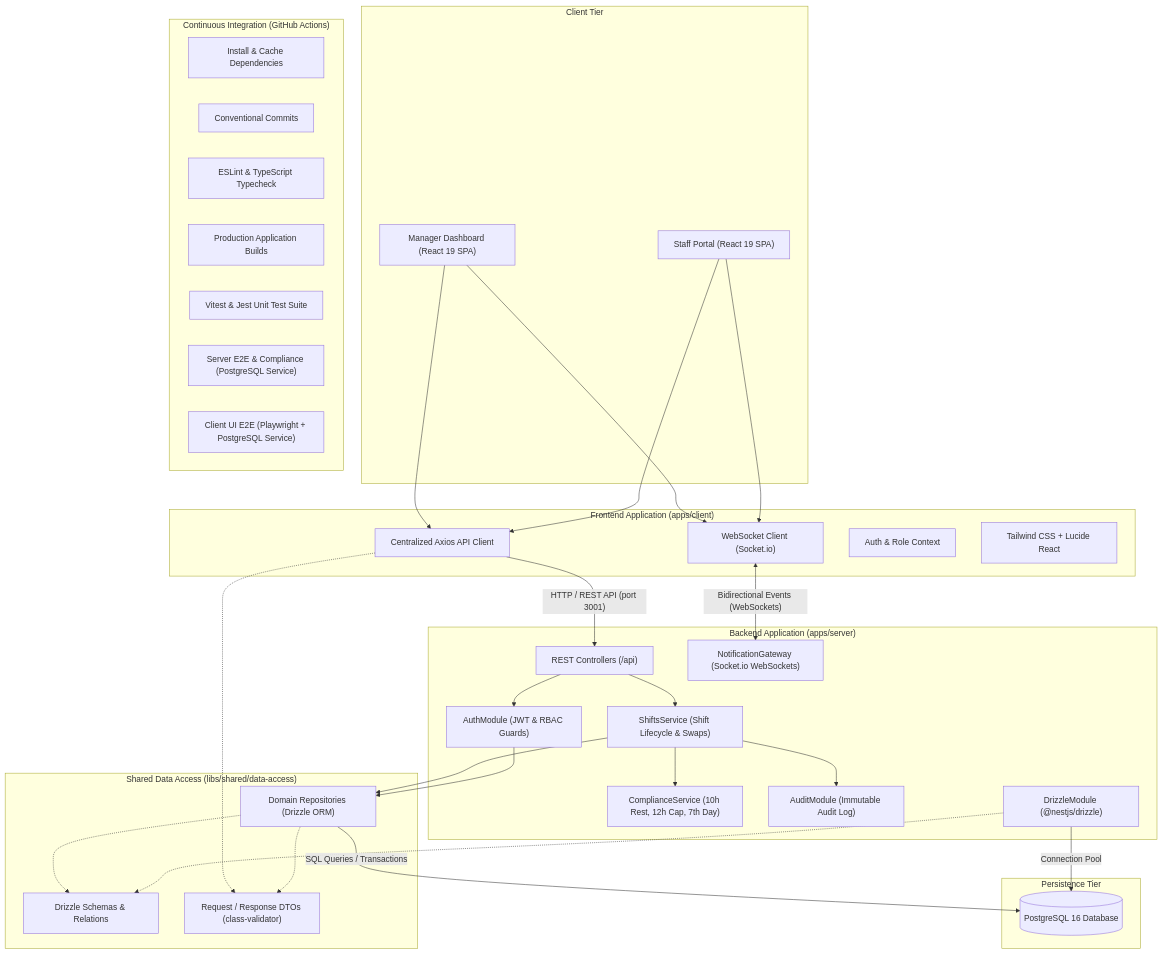
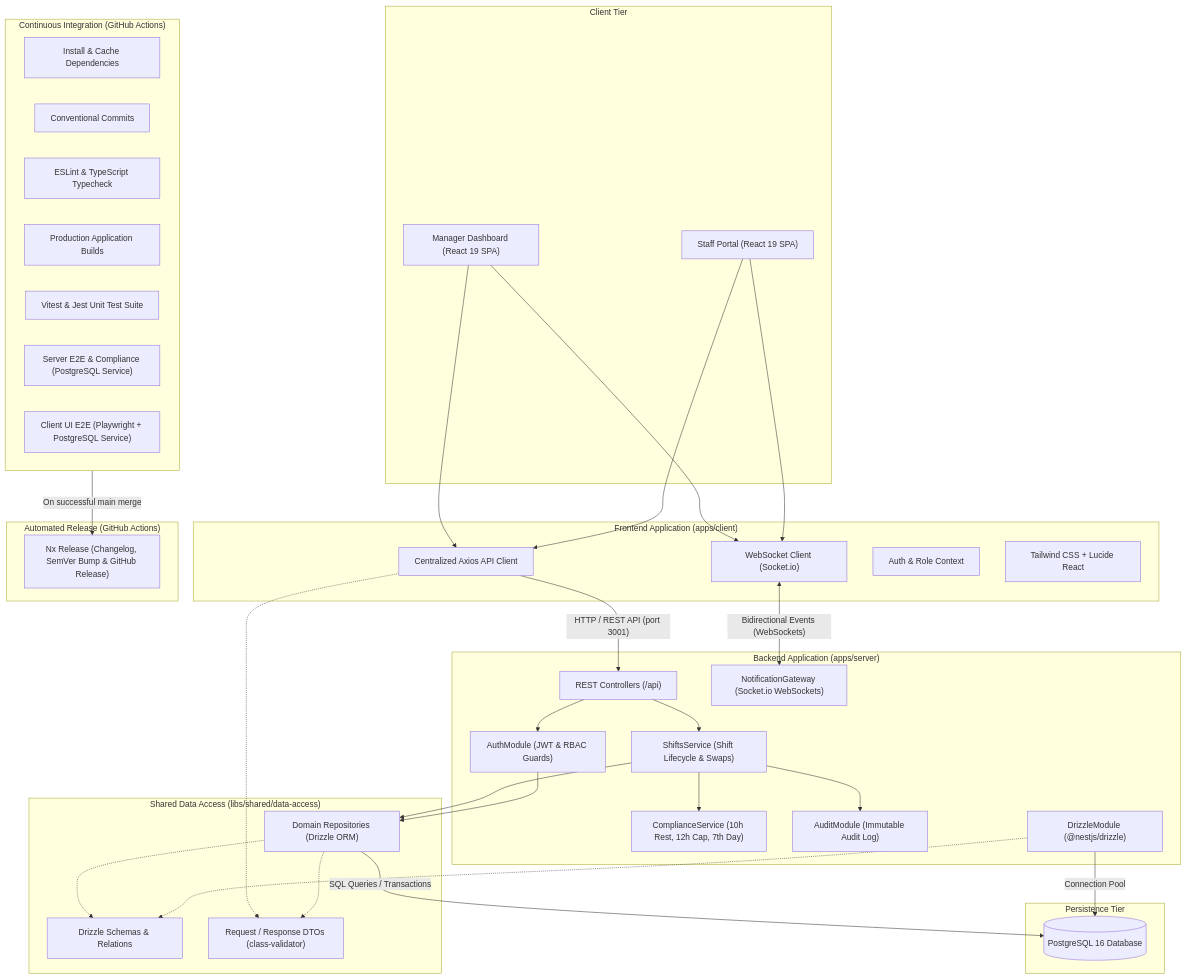
Before and after one commit to JayKay24/ShiftSync: the diagram in README.md, drawn with Mermaid. The commit also changed other lines of this file and 4 other files, not shown here.

Commit message:
feat(release): implement automated semantic versioning and changelog publishing

````diff
--- a/README.md
+++ b/README.md
@@ -34,72 +34,79 @@
 ```mermaid
 flowchart TD
   subgraph Clients ["Client Tier"]
     ManagerUI["Manager Dashboard (React 19 SPA)"]
     StaffUI["Staff Portal (React 19 SPA)"]
   end
 
   subgraph FrontendApp ["Frontend Application (apps/client)"]
     AxiosClient["Centralized Axios API Client"]
     SocketClient["WebSocket Client (Socket.io)"]
     AuthContext["Auth & Role Context"]
     UIComponents["Tailwind CSS + Lucide React"]
   end
 
   subgraph SharedLib ["Shared Data Access (libs/shared/data-access)"]
     Schemas["Drizzle Schemas & Relations"]
     DTOs["Request / Response DTOs (class-validator)"]
     Repos["Domain Repositories (Drizzle ORM)"]
   end
 
   subgraph BackendApp ["Backend Application (apps/server)"]
     APIControllers["REST Controllers (/api)"]
     ComplianceSvc["ComplianceService (10h Rest, 12h Cap, 7th Day)"]
     ShiftsSvc["ShiftsService (Shift Lifecycle & Swaps)"]
     AuthSvc["AuthModule (JWT & RBAC Guards)"]
     AuditSvc["AuditModule (Immutable Audit Log)"]
     SocketGateway["NotificationGateway (Socket.io WebSockets)"]
     DrizzleModule["DrizzleModule (@nestjs/drizzle)"]
   end
 
   subgraph Persistence ["Persistence Tier"]
     PostgreSQL[("PostgreSQL 16 Database")]
   end
 
   subgraph CI ["Continuous Integration (GitHub Actions)"]
     InstallJob["Install & Cache Dependencies"]
     Commitlint["Conventional Commits"]
     LintTypecheck["ESLint & TypeScript Typecheck"]
     BuildJob["Production Application Builds"]
     UnitTests["Vitest & Jest Unit Test Suite"]
     IntegrationTests["Server E2E & Compliance (PostgreSQL Service)"]
     ClientE2ETests["Client UI E2E (Playwright + PostgreSQL Service)"]
   end
 
+  subgraph ReleasePipeline ["Automated Release (GitHub Actions)"]
+    ReleaseJob["Nx Release (Changelog, SemVer Bump & GitHub Release)"]
+  end
+
   %% Client interactions
   ManagerUI --> AxiosClient
   StaffUI --> AxiosClient
   ManagerUI --> SocketClient
   StaffUI --> SocketClient
 
   %% Frontend -> Shared Library
   AxiosClient -.-> DTOs
 
   %% Frontend -> Backend Communication
   AxiosClient -->|"HTTP / REST API (port 3001)"| APIControllers
   SocketClient <-->|"Bidirectional Events (WebSockets)"| SocketGateway
 
   %% Backend Internal Wiring
   APIControllers --> ShiftsSvc
   APIControllers --> AuthSvc
   ShiftsSvc --> ComplianceSvc
   ShiftsSvc --> AuditSvc
   ShiftsSvc --> Repos
   AuthSvc --> Repos
   Repos -.-> Schemas
   Repos -.-> DTOs
   DrizzleModule -.-> Schemas
 
   %% Backend -> Database
   DrizzleModule -->|"Connection Pool"| PostgreSQL
   Repos -->|"SQL Queries / Transactions"| PostgreSQL
+
+  %% CI to Release Workflow
+  CI -->|"On successful main merge"| ReleaseJob
 ```
````
